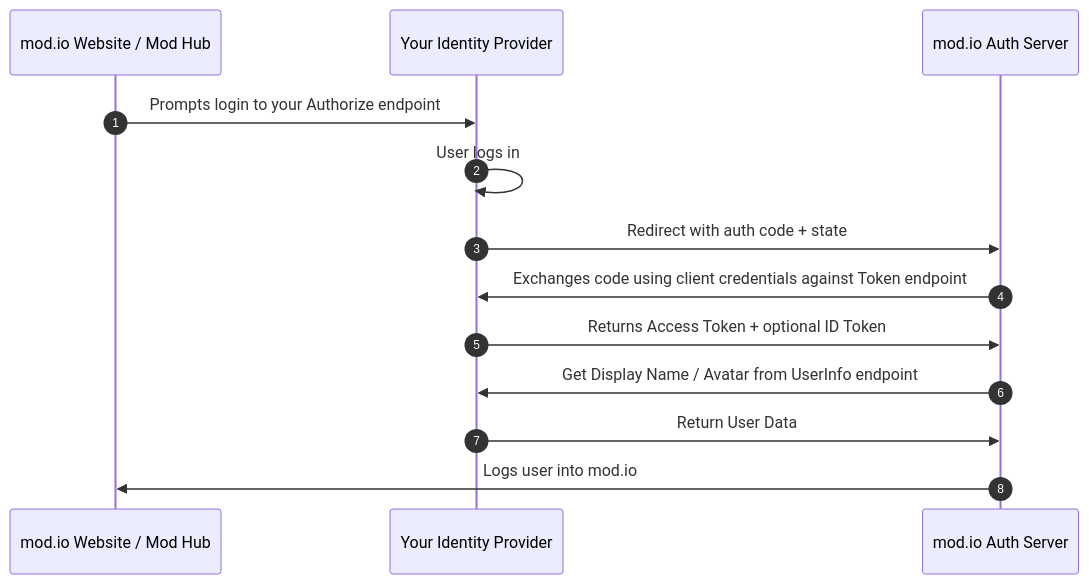
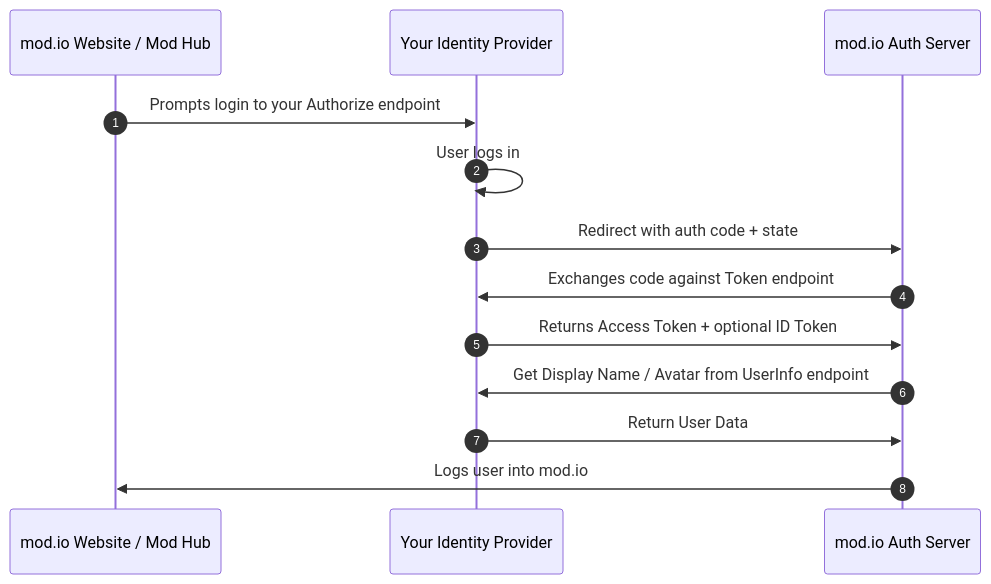
One commit to modio/modio-docs changed the diagram in public/en-us/features/authentication/custom-sso-web.md. Above: the diagram before and after it, drawn with Mermaid. The commit also changed other lines of this file and 1 other file, not shown here.

````diff
--- a/public/en-us/features/authentication/custom-sso-web.md
+++ b/public/en-us/features/authentication/custom-sso-web.md
@@ -62,16 +62,16 @@
 ```mermaid
 sequenceDiagram
     participant SITE as mod.io Website / Mod Hub
     participant IP as Your Identity Provider
     participant API as mod.io Auth Server
     autonumber
     
     SITE->>IP: Prompts login to your Authorize endpoint
     IP->>IP: User logs in
     IP->>API: Redirect with auth code + state
-    API->>IP: Exchanges code using client credentials against Token endpoint
+    API->>IP: Exchanges code against Token endpoint
     IP->>API: Returns Access Token + optional ID Token
     API->>IP: Get Display Name / Avatar from UserInfo endpoint
     IP->>API: Return User Data
     API->>SITE: Logs user into mod.io
 ```
````
